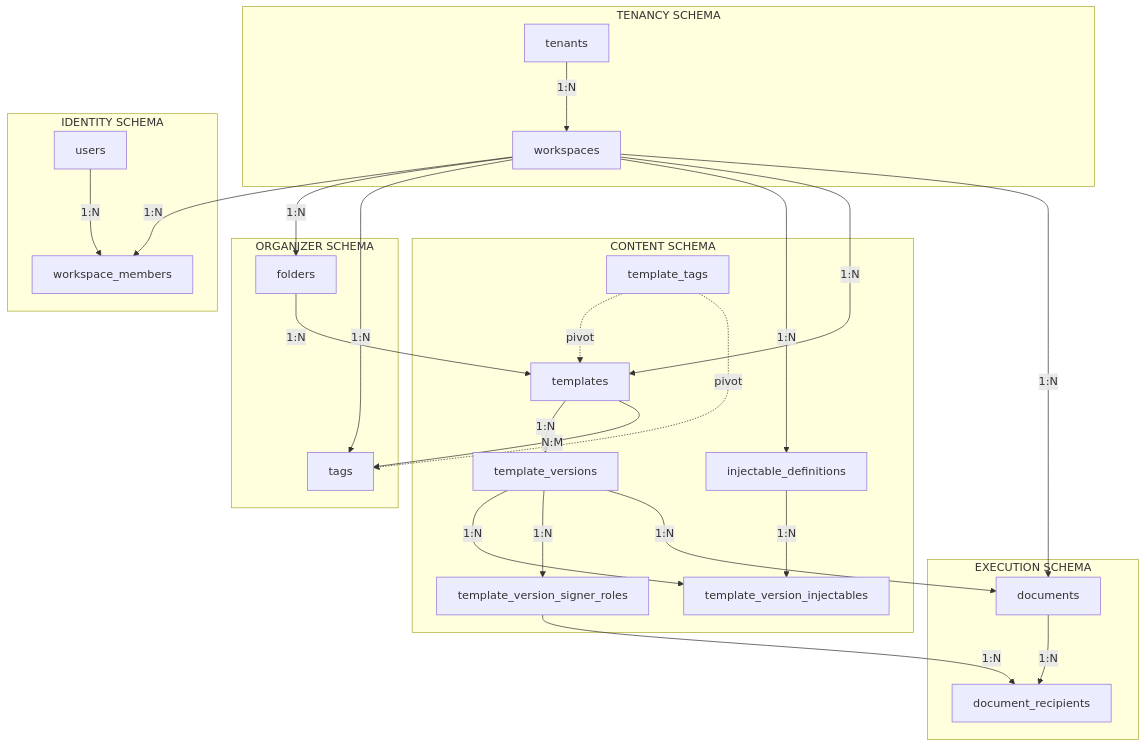
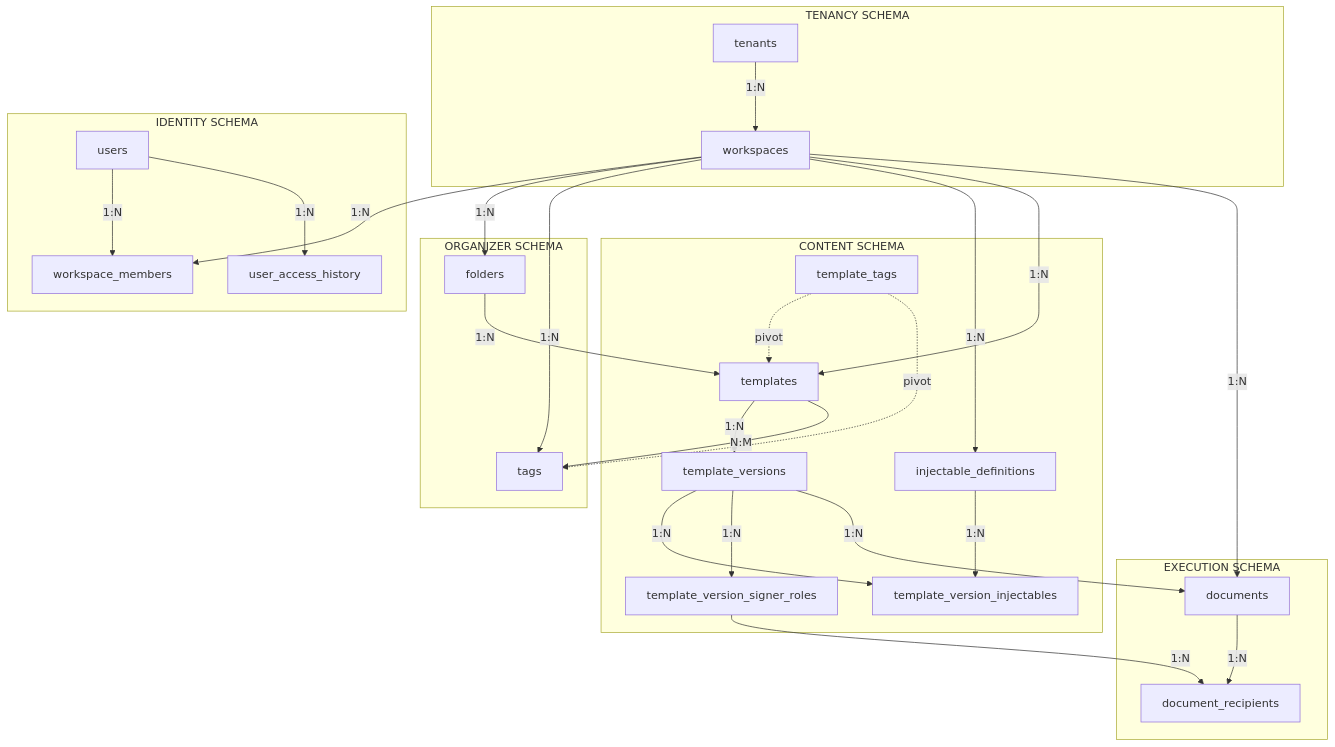
One commit to rendis/doc-assembly changed the first of 3 diagrams in db/DATABASE.md. Above: the diagram before and after it, drawn with Mermaid. The commit also changed other lines of this file and 22 other files, not shown here.

First line of the commit message:
Add user access history tracking and related endpoints

````diff
--- a/db/DATABASE.md
+++ b/db/DATABASE.md
@@ -86,51 +86,53 @@
 ```mermaid
 graph TB
     subgraph tenancy["TENANCY SCHEMA"]
         T[tenants]
         W[workspaces]
     end
 
     subgraph identity["IDENTITY SCHEMA"]
         U[users]
         WM[workspace_members]
+        UAH[user_access_history]
     end
 
     subgraph organizer["ORGANIZER SCHEMA"]
         F[folders]
         TG[tags]
     end
 
     subgraph content["CONTENT SCHEMA"]
         ID[injectable_definitions]
         TP[templates]
         TV[template_versions]
         TVI[template_version_injectables]
         TVSR[template_version_signer_roles]
         TT[template_tags]
     end
 
     subgraph execution["EXECUTION SCHEMA"]
         D[documents]
         DR[document_recipients]
     end
 
     T -->|1:N| W
     W -->|1:N| WM
     U -->|1:N| WM
+    U -->|1:N| UAH
     W -->|1:N| F
     W -->|1:N| TG
     W -->|1:N| ID
     W -->|1:N| TP
     F -->|1:N| TP
     TP -->|1:N| TV
     TV -->|1:N| TVI
     ID -->|1:N| TVI
     TV -->|1:N| TVSR
     TP -->|N:M| TG
     TT -.->|pivot| TP
     TT -.->|pivot| TG
     W -->|1:N| D
     TV -->|1:N| D
     D -->|1:N| DR
     TVSR -->|1:N| DR
 ```
````
